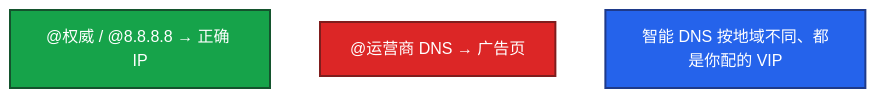
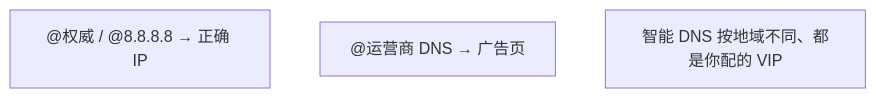
Before and after one commit to ml-cuizijun/LearnToLilith: the fourth of 5 diagrams in 01-基础底座/15-DNS与CDN/练习题.md, drawn with Mermaid. The commit also changed other lines of this file and 470 other files, not shown here.

````diff
--- a/01-基础底座/15-DNS与CDN/练习题.md
+++ b/01-基础底座/15-DNS与CDN/练习题.md
@@ -160,12 +157,9 @@
 ```mermaid
 flowchart TB
     a["@权威 / @8.8.8.8 → 正确 IP"]
     b["@运营商 DNS → 广告页"]
     c[智能 DNS 按地域不同、都是你配的 VIP]
-    classDef ok fill:#16A34A,stroke:#14532D,stroke-width:2px,color:#fff
-    classDef bad fill:#DC2626,stroke:#7F1D1D,stroke-width:2px,color:#fff
-    classDef info fill:#2563EB,stroke:#1E3A8A,stroke-width:2px,color:#fff
     class a ok
     class b bad
     class c info
 ```
````
